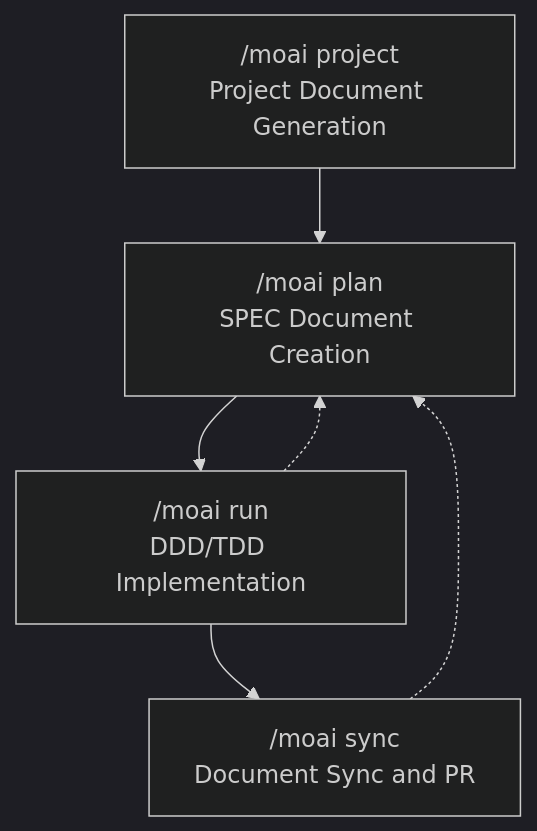
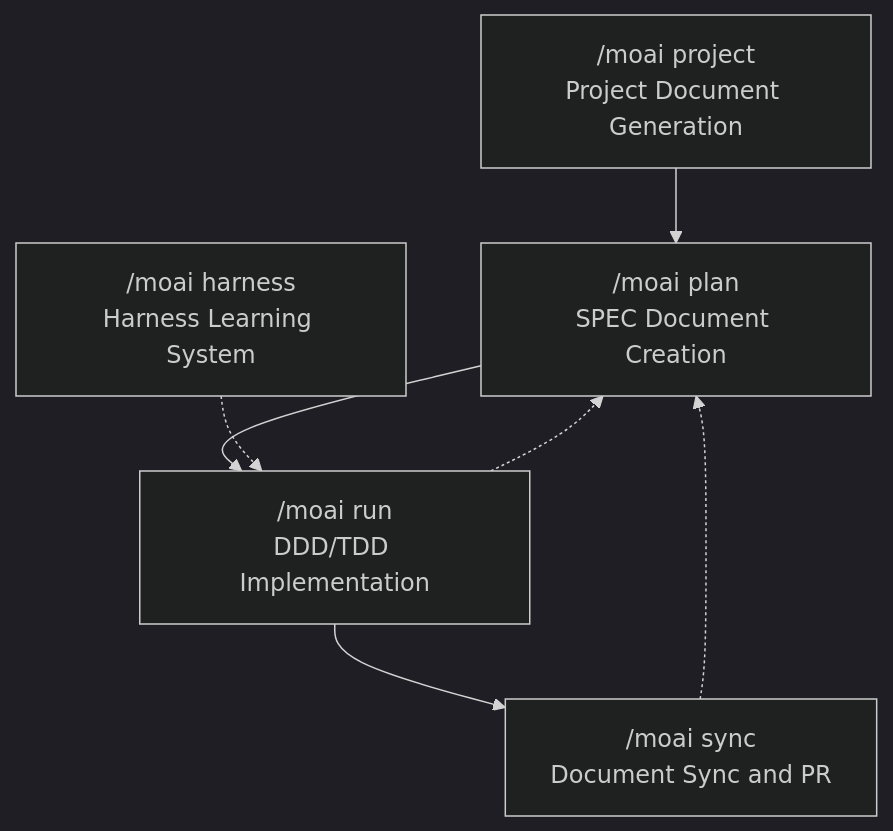
The diagram in docs-site/content/en/workflow-commands/_index.md (modu-ai/moai-adk), drawn with Mermaid (dark theme) before and after one commit. The commit also changed other lines of this file and 52 other files, not shown here.

````diff
--- a/docs-site/content/en/workflow-commands/_index.md
+++ b/docs-site/content/en/workflow-commands/_index.md
@@ -13,8 +13,9 @@
 ```mermaid
 flowchart TD
     A["/moai project<br/>Project Document Generation"] --> B["/moai plan<br/>SPEC Document Creation"]
     B --> D["/moai run<br/>DDD/TDD Implementation"]
     D --> E["/moai sync<br/>Document Sync and PR"]
     E -.-> B
     D -.-> B
+    F["/moai harness<br/>Harness Learning System"] -.-> D
 ```
````
